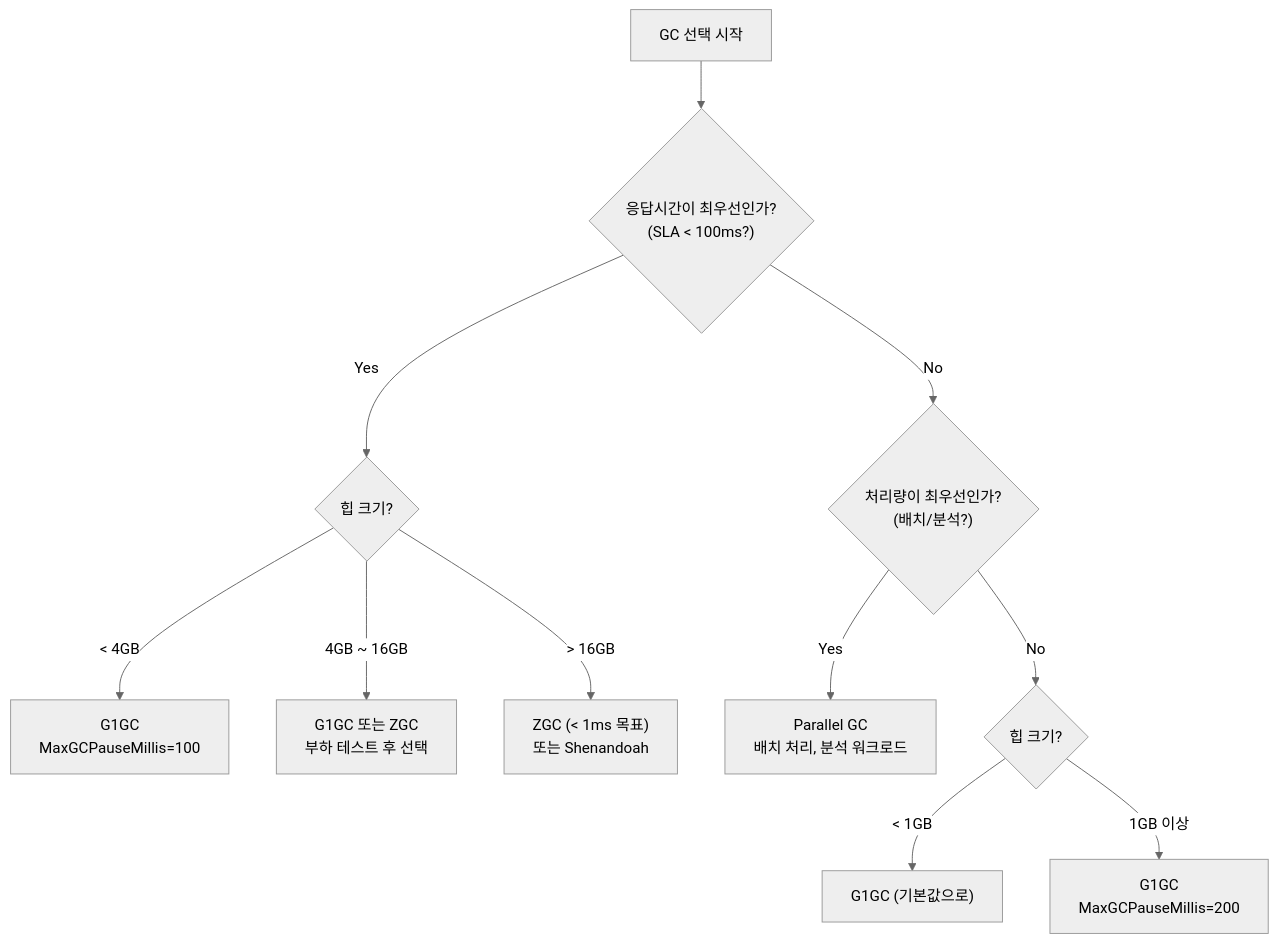
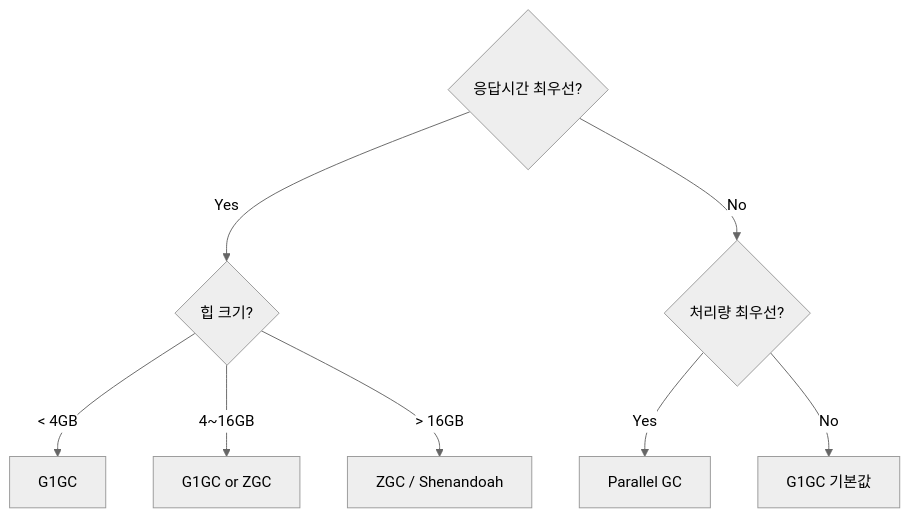
Before and after one commit to yjkim2015/yjkim2015.github.io: the seventh of 7 diagrams in _posts/java/2026-05-02-jvm-architecture.md, drawn with Mermaid (neutral theme). The commit also changed other lines of this file and 215 other files, not shown here.

First line of the commit message:
신규 포스트 10개 추가 + Mermaid 전면 축소 + SystemDesign 시리즈 보강

````diff
--- a/_posts/java/2026-05-02-jvm-architecture.md
+++ b/_posts/java/2026-05-02-jvm-architecture.md
@@ -833,13 +804,11 @@
 ```mermaid
 flowchart TD
-    A["GC 선택 시작"] --> B{"응답시간이 최우선인가?\n(SLA < 100ms?)"}
-    B -->|Yes| C{"힙 크기?"}
-    C -->|"< 4GB"| D["G1GC\nMaxGCPauseMillis=100"]
-    C -->|"4GB ~ 16GB"| E["G1GC 또는 ZGC\n부하 테스트 후 선택"]
-    C -->|"> 16GB"| F["ZGC (< 1ms 목표)\n또는 Shenandoah"]
-    B -->|No| G{"처리량이 최우선인가?\n(배치/분석?)"}
-    G -->|Yes| H["Parallel GC\n배치 처리, 분석 워크로드"]
-    G -->|No| I{"힙 크기?"}
-    I -->|"< 1GB"| J["G1GC (기본값으로)"]
-    I -->|"1GB 이상"| K["G1GC\nMaxGCPauseMillis=200"]
+    A{"응답시간 최우선?"}
+    A -->|Yes| B{"힙 크기?"}
+    B -->|"< 4GB"| C["G1GC"]
+    B -->|"4~16GB"| D["G1GC or ZGC"]
+    B -->|"> 16GB"| E["ZGC / Shenandoah"]
+    A -->|No| F{"처리량 최우선?"}
+    F -->|Yes| G["Parallel GC"]
+    F -->|No| H["G1GC 기본값"]
 ```
````
